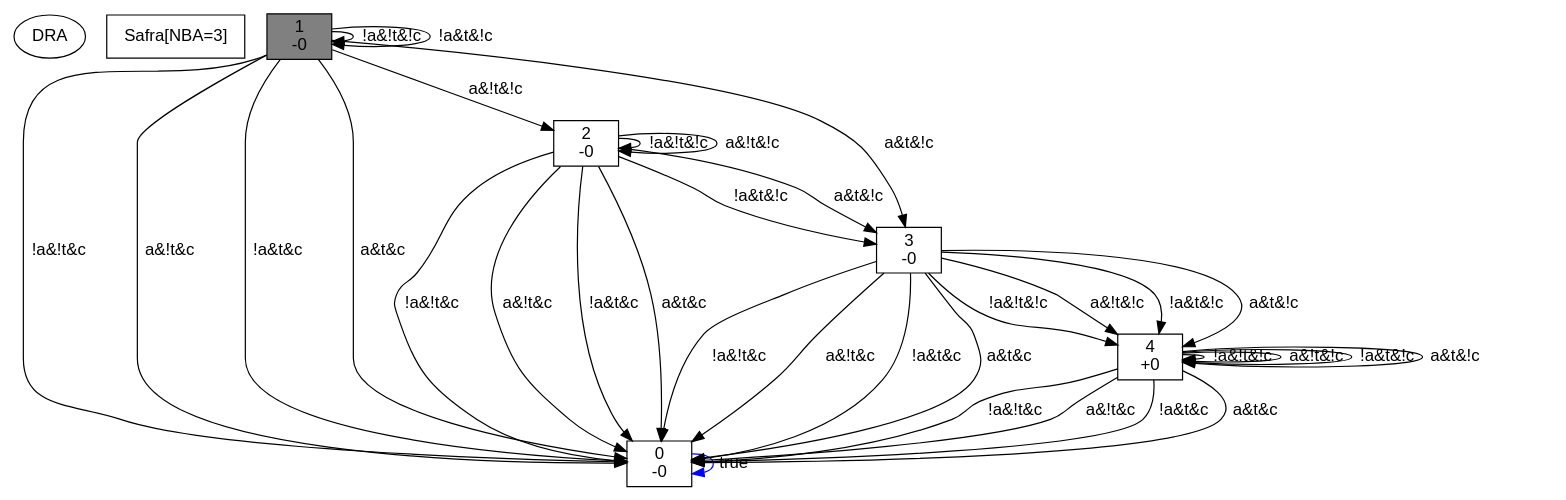
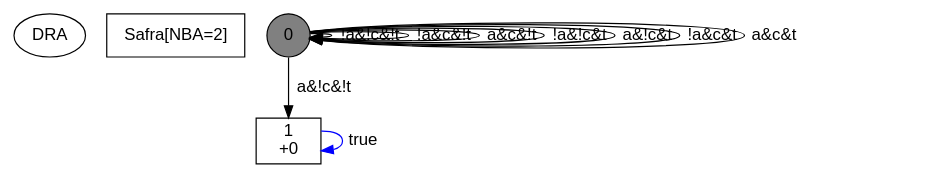
Before and after one commit to gaoqitong/DRA_Guide_Planning: the diagram in my.dot, drawn with Graphviz. The commit also changed 11 other files, not shown here.

```diff
--- a/my.dot
+++ b/my.dot
@@ -1,44 +1,17 @@
 digraph DRA {
  node [fontname=Helvetica]
  edge [constraints=false, fontname=Helvetica]
 "type" [shape=ellipse, label="DRA"]
-"comment" [shape=box, label="Safra[NBA=3]"]
-"0" [label= "0\n -0", shape=box]
-"0" -> "0" [label=" true", color=blue]
-"1" [label= "1\n -0", shape=box, style=filled, color=black, fillcolor=grey]
-"1" -> "1" [label=" !a&!t&!c"]
-"1" -> "2" [label=" a&!t&!c"]
-"1" -> "1" [label=" !a&t&!c"]
-"1" -> "3" [label=" a&t&!c"]
-"1" -> "0" [label=" !a&!t&c"]
-"1" -> "0" [label=" a&!t&c"]
-"1" -> "0" [label=" !a&t&c"]
-"1" -> "0" [label=" a&t&c"]
-"2" [label= "2\n -0", shape=box]
-"2" -> "2" [label=" !a&!t&!c"]
-"2" -> "2" [label=" a&!t&!c"]
-"2" -> "3" [label=" !a&t&!c"]
-"2" -> "3" [label=" a&t&!c"]
-"2" -> "0" [label=" !a&!t&c"]
-"2" -> "0" [label=" a&!t&c"]
-"2" -> "0" [label=" !a&t&c"]
-"2" -> "0" [label=" a&t&c"]
-"3" [label= "3\n -0", shape=box]
-"3" -> "4" [label=" !a&!t&!c"]
-"3" -> "4" [label=" a&!t&!c"]
-"3" -> "4" [label=" !a&t&!c"]
-"3" -> "4" [label=" a&t&!c"]
-"3" -> "0" [label=" !a&!t&c"]
-"3" -> "0" [label=" a&!t&c"]
-"3" -> "0" [label=" !a&t&c"]
-"3" -> "0" [label=" a&t&c"]
-"4" [label= "4\n +0", shape=box]
-"4" -> "4" [label=" !a&!t&!c"]
-"4" -> "4" [label=" a&!t&!c"]
-"4" -> "4" [label=" !a&t&!c"]
-"4" -> "4" [label=" a&t&!c"]
-"4" -> "0" [label=" !a&!t&c"]
-"4" -> "0" [label=" a&!t&c"]
-"4" -> "0" [label=" !a&t&c"]
-"4" -> "0" [label=" a&t&c"]
+"comment" [shape=box, label="Safra[NBA=2]"]
+"0" [label= "0", shape=circle, style=filled, color=black, fillcolor=grey]
+"0" -> "0" [label=" !a&!c&!t"]
+"0" -> "1" [label=" a&!c&!t"]
+"0" -> "0" [label=" !a&c&!t"]
+"0" -> "0" [label=" a&c&!t"]
+"0" -> "0" [label=" !a&!c&t"]
+"0" -> "0" [label=" a&!c&t"]
+"0" -> "0" [label=" !a&c&t"]
+"0" -> "0" [label=" a&c&t"]
+"1" [label= "1\n +0", shape=box]
+"1" -> "1" [label=" true", color=blue]
 }
```
